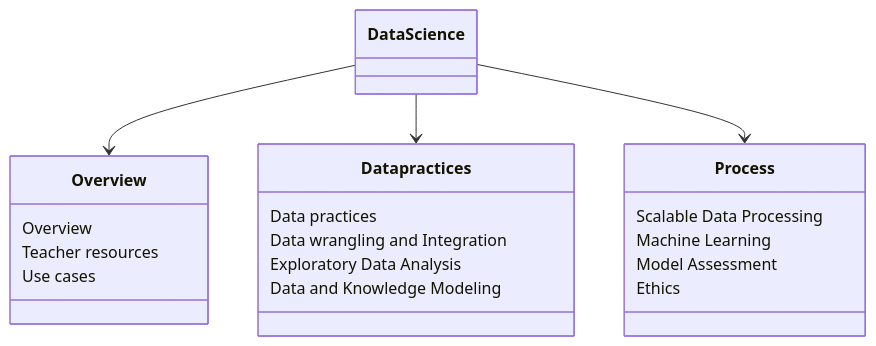
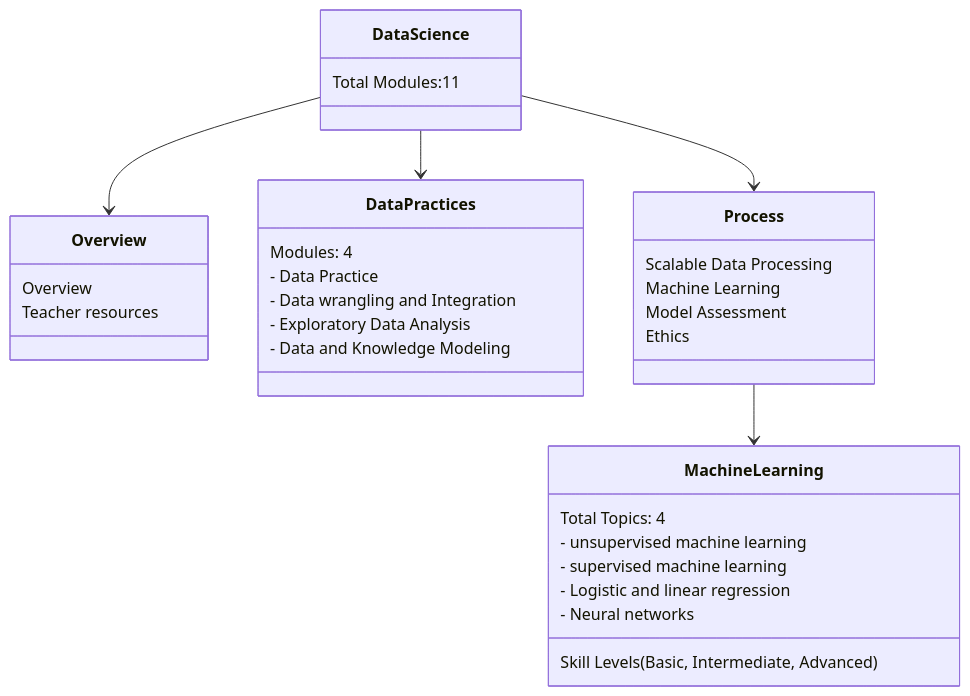
Before and after one commit to seb98mm/test: the diagram in topology.md, drawn with Mermaid. The commit also changed other lines of this file, not shown here.

````diff
--- a/topology.md
+++ b/topology.md
@@ -1,18 +1,43 @@
 ```mermaid
 classDiagram
-    DataScience --> Overview
-    DataScience --> Data practices
-    DataScience --> Process
-    Overview : Overview
-    Overview : Teacher resources
-    Overview : Use cases
-    Data practices : Data practices
-    Data practices : Data wrangling and Integration
-    Data practices : Exploratory Data Analysis
-    Data practices : Data and Knowledge Modeling
-    Process : Scalable Data Processing
-    Process : Machine Learning
-    Process : Model Assessment
-    Process : Ethics
+   DataScience --> Overview
+   DataScience --> Data Practices
+   DataScience --> Process
+   Process --> Machine Learning
+ 
+class  DataScience{
+  Total Modules:11
+    }
+ 
+   class Overview{
+   Overview
+   Teacher resources
+    }
+ 
+   class  Data Practices{
+  Modules: 4
+   - Data Practice
+   - Data wrangling and Integration
+   - Exploratory Data Analysis
+   - Data and Knowledge Modeling
+   }
+ 
+   class Machine Learning{
+    Total Topics: 4
+    - unsupervised machine learning
+    - supervised machine learning
+    - Logistic and linear regression
+    - Neural networks
+    Skill Levels(Basic, Intermediate, Advanced)
+   
+    }
+class  Process{
+   Scalable Data Processing
+   Machine Learning
+   Model Assessment
+   Ethics
+}
+
+
     
 ```
````
